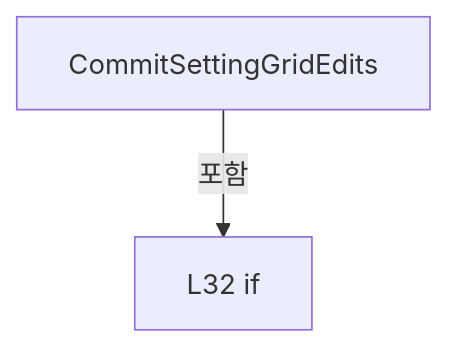
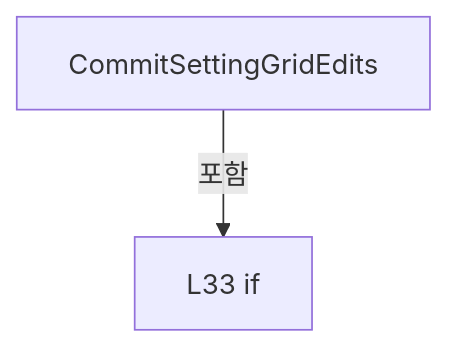
Before and after one commit to kjuws10-rgb/Shared: the first of 3 diagrams in A3 LD Code Ref/files/Drilling.UI/Views/CSettingView.xaml.cs.md, drawn with Mermaid. The commit also changed other lines of this file and 1984 other files, not shown here.

Commit message:
docs(a3): update 11.17.0 architecture and complete code reference

````diff
--- a/A3 LD Code Ref/files/Drilling.UI/Views/CSettingView.xaml.cs.md
+++ b/A3 LD Code Ref/files/Drilling.UI/Views/CSettingView.xaml.cs.md
@@ -181,6 +181,6 @@
 ```mermaid
 flowchart TD
  M["CommitSettingGridEdits"]
- N0["L32 if"]
+ N0["L33 if"]
  M -->|포함| N0
 ```
````
